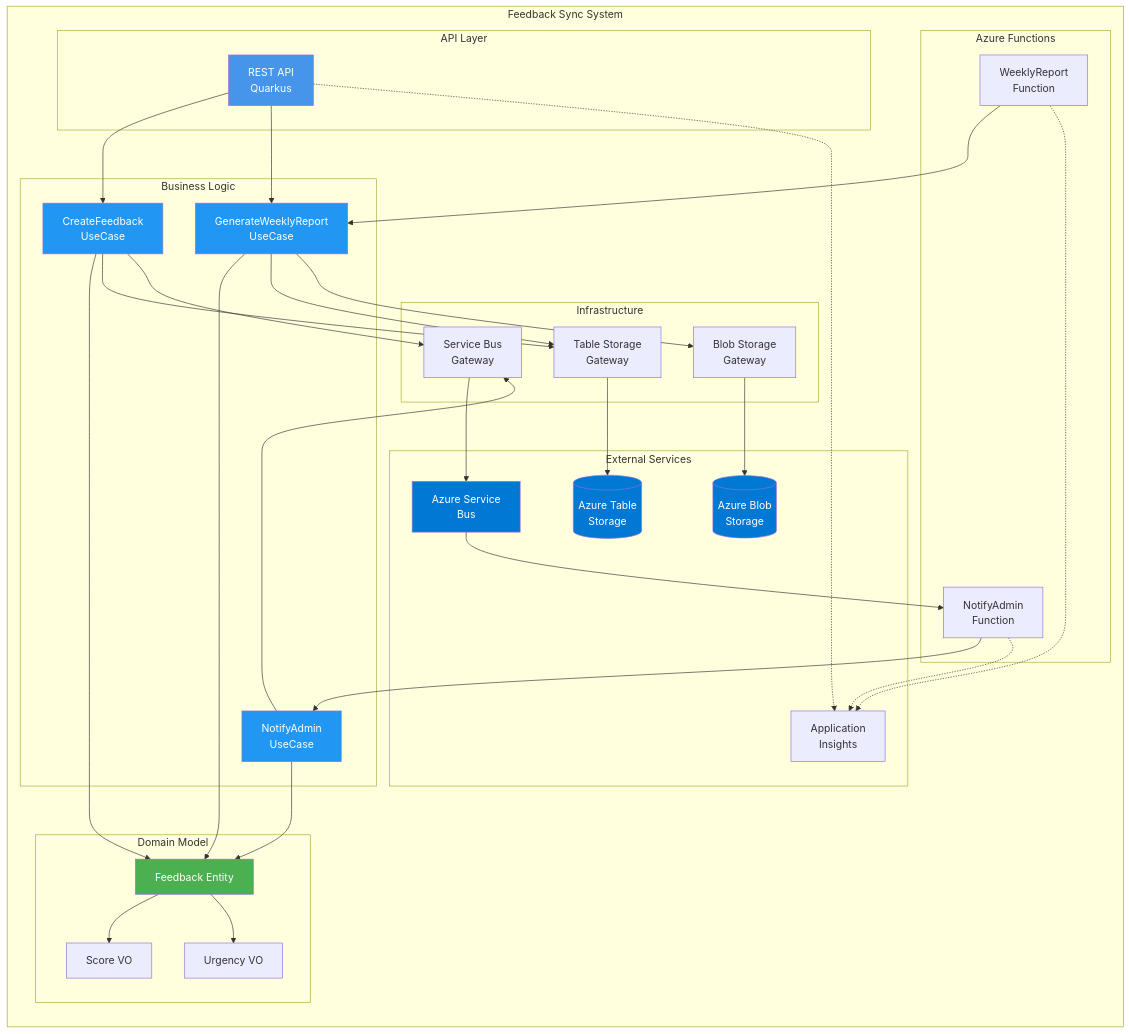
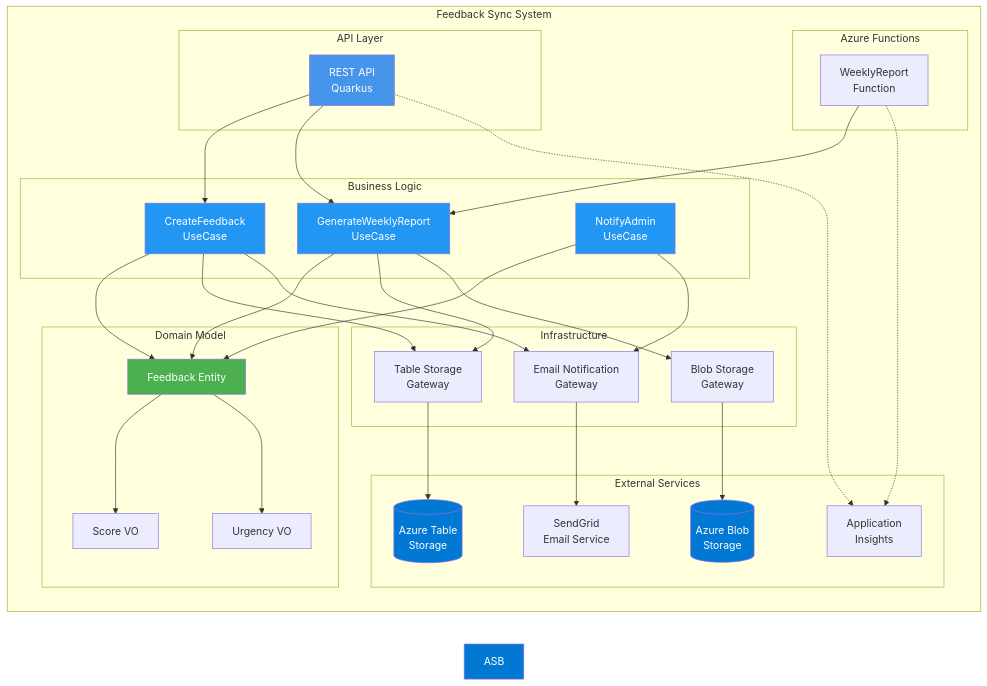
The sixth of 9 diagrams in README.md (luizffdemoraes/feedback-sync), drawn with Mermaid before and after one commit. The commit also changed other lines of this file and 30 other files, not shown here.

````diff
--- a/README.md
+++ b/README.md
@@ -508,69 +492,65 @@
 ```mermaid
 graph LR
     subgraph "Feedback Sync System"
         subgraph "API Layer"
             REST[REST API<br/>Quarkus]
         end
         
         subgraph "Business Logic"
             UC1[CreateFeedback<br/>UseCase]
             UC2[GenerateWeeklyReport<br/>UseCase]
             UC3[NotifyAdmin<br/>UseCase]
         end
         
         subgraph "Domain Model"
             FB[Feedback Entity]
             SC[Score VO]
             UR[Urgency VO]
         end
         
         subgraph "Infrastructure"
             TS[Table Storage<br/>Gateway]
-            SB[Service Bus<br/>Gateway]
+            NG[Email Notification<br/>Gateway]
             BS[Blob Storage<br/>Gateway]
         end
         
         subgraph "Azure Functions"
-            NF[NotifyAdmin<br/>Function]
             WF[WeeklyReport<br/>Function]
         end
         
         subgraph "External Services"
             AST[(Azure Table<br/>Storage)]
-            ASB[Azure Service<br/>Bus]
+            SG[SendGrid<br/>Email Service]
             ABS[(Azure Blob<br/>Storage)]
             AI[Application<br/>Insights]
         end
     end
 
     REST --> UC1
     REST --> UC2
     UC1 --> FB
     UC2 --> FB
     UC3 --> FB
     FB --> SC
     FB --> UR
     UC1 --> TS
-    UC1 --> SB
+    UC1 --> NG
     UC2 --> TS
     UC2 --> BS
-    UC3 --> SB
+    UC3 --> NG
     TS --> AST
-    SB --> ASB
+    NG --> SG
     BS --> ABS
-    ASB --> NF
-    NF --> UC3
     WF --> UC2
     REST -.-> AI
-    NF -.-> AI
     WF -.-> AI
 
     style REST fill:#4695EB,color:#fff
     style UC1 fill:#2196F3,color:#fff
     style UC2 fill:#2196F3,color:#fff
     style UC3 fill:#2196F3,color:#fff
     style FB fill:#4CAF50,color:#fff
     style AST fill:#0078D4,color:#fff
     style ASB fill:#0078D4,color:#fff
     style ABS fill:#0078D4,color:#fff
 ```
````
